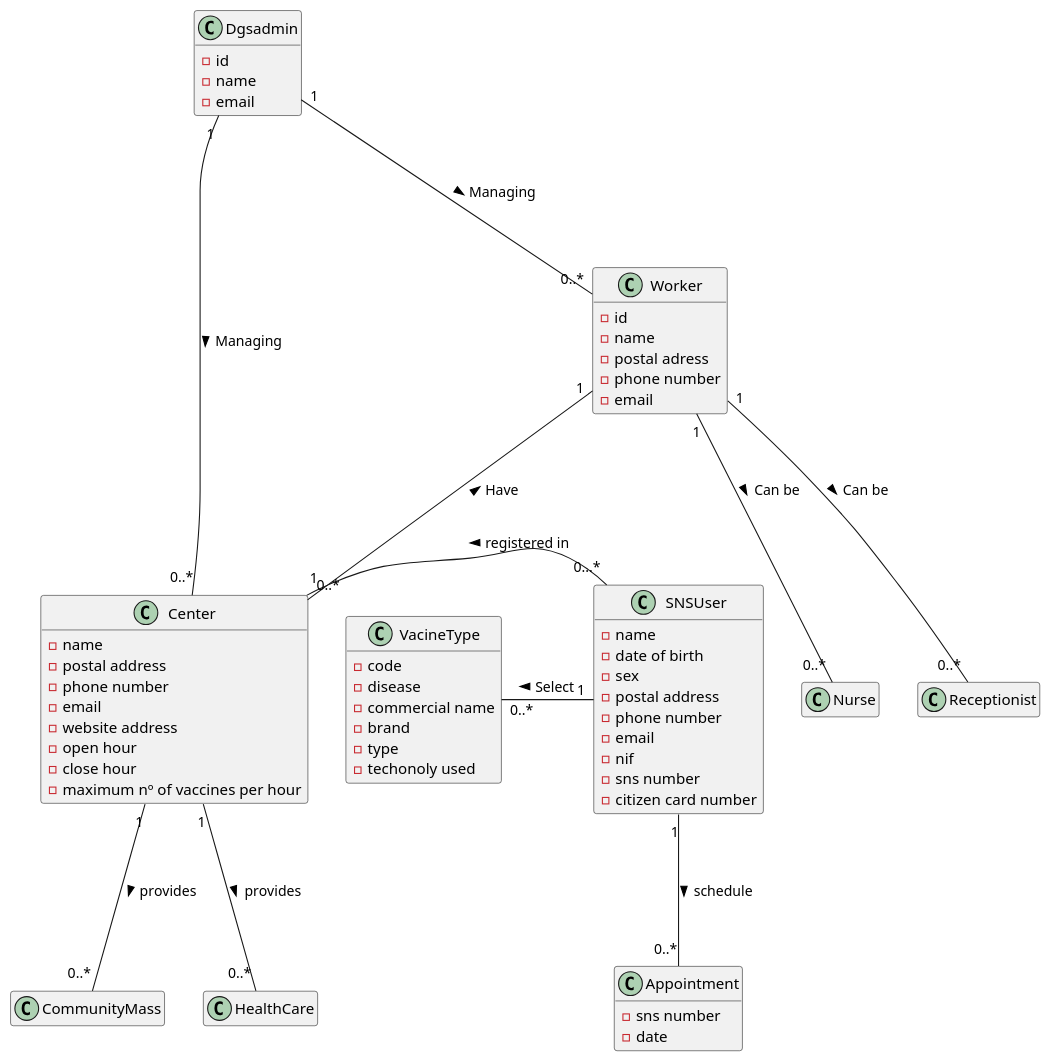
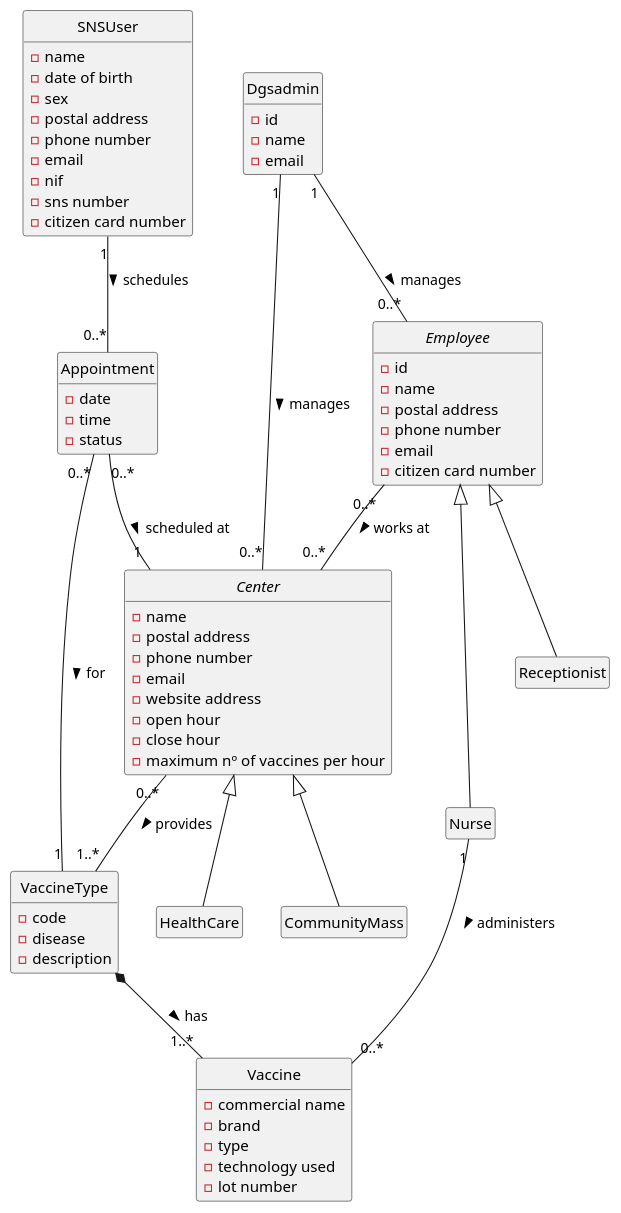
One commit to goncalomaia18/leti-esoft-25-26-C3 changed the diagram in docs/system-documentation/global-artifacts/puml/Modelo Dominio.puml. Above: the diagram before and after it, drawn with PlantUML. The commit also changed 2 other files, not shown here.

```diff
--- a/docs/system-documentation/global-artifacts/puml/Modelo Dominio.puml
+++ b/docs/system-documentation/global-artifacts/puml/Modelo Dominio.puml
@@ -1,76 +1,97 @@
 @startuml
 hide empty members
+hide circle
 
-class Worker{
--id
--name
--postal adress
--phone number
--email
+
+abstract class Employee {
+    -id
+    -name
+    -postal address
+    -phone number
+    -email
+    -citizen card number
 }
 
-class Nurse{
+abstract class Center {
+    -name
+    -postal address
+    -phone number
+    -email
+    -website address
+    -open hour
+    -close hour
+    -maximum nº of vaccines per hour
 }
 
-class Receptionist{
+class Nurse {
 }
 
-class Appointment{
--sns number
--date
+class Receptionist {
 }
 
-class Dgsadmin{
--id
--name
--email
 
-}
-class Center {
--name
--postal address
--phone number
--email
--website address
--open hour
--close hour
--maximum nº of vaccines per hour
+class HealthCare {
 }
 
-class CommunityMass{
-
+class CommunityMass {
 }
 
-class VacineType{
--code
--disease
--commercial name
--brand
--type
--techonoly used
+
+class Dgsadmin {
+    -id
+    -name
+    -email
 }
 
-class SNSUser{
--name
--date of birth
--sex
--postal address
--phone number
--email
--nif
--sns number
--citizen card number
+class VaccineType {
+    -code
+    -disease
+    -description
 }
-SNSUser"0...*" -left-- "1" Center:  registered in >
-Center "1" --- "0..*" HealthCare:  provides >
-Center "1" --- "0..*" CommunityMass:  provides >
-Worker "1" --- "0..*" Nurse: Can be >
-Worker "1" --- "0..*" Receptionist: Can be >
-Worker "1" --- "0..*" Center: Have <
-SNSUser "1" --- "0..*" Appointment: schedule >
-SNSUser "1" -left-- "0..*" VacineType: Select >
-Dgsadmin "1" --- "0..*" Center: Managing >
-Dgsadmin "1" --- "0..*" Worker: Managing >
+
+class Vaccine {
+    -commercial name
+    -brand
+    -type
+    -technology used
+    -lot number
+}
+
+class Appointment {
+    -date
+    -time
+    -status
+}
+
+class SNSUser {
+    -name
+    -date of birth
+    -sex
+    -postal address
+    -phone number
+    -email
+    -nif
+    -sns number
+    -citizen card number
+}
 
 
+Employee <|-- Nurse
+Employee <|-- Receptionist
+Center <|-- HealthCare
+Center <|-- CommunityMass
+
+' Relações de Composição
+VaccineType *-- "1..*" Vaccine : has >
+
+' Relações de Associação
+Dgsadmin "1" -- "0..*" Employee : manages >
+Dgsadmin "1" -- "0..*" Center : manages >
+Employee "0..*" -- "0..*" Center : works at >
+Center "0..*" -- "1..*" VaccineType : provides >
+SNSUser "1" -- "0..*" Appointment : schedules >
+Appointment "0..*" -- "1" Center : scheduled at >
+Appointment "0..*" -- "1" VaccineType : for >
+Nurse "1" -- "0..*" Vaccine : administers >
+
 @enduml
```
